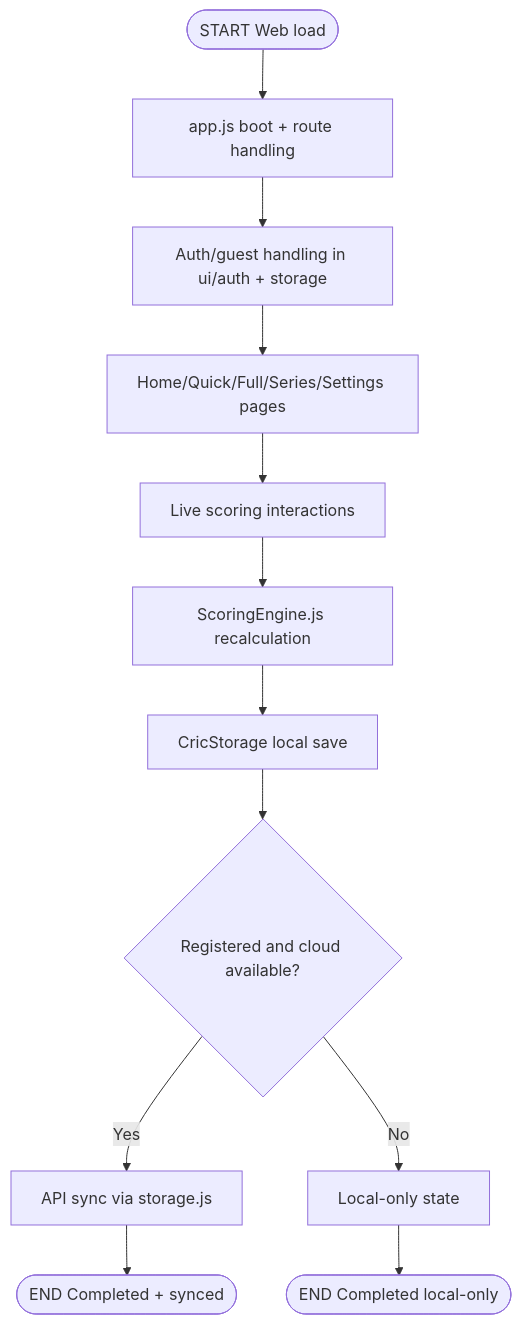
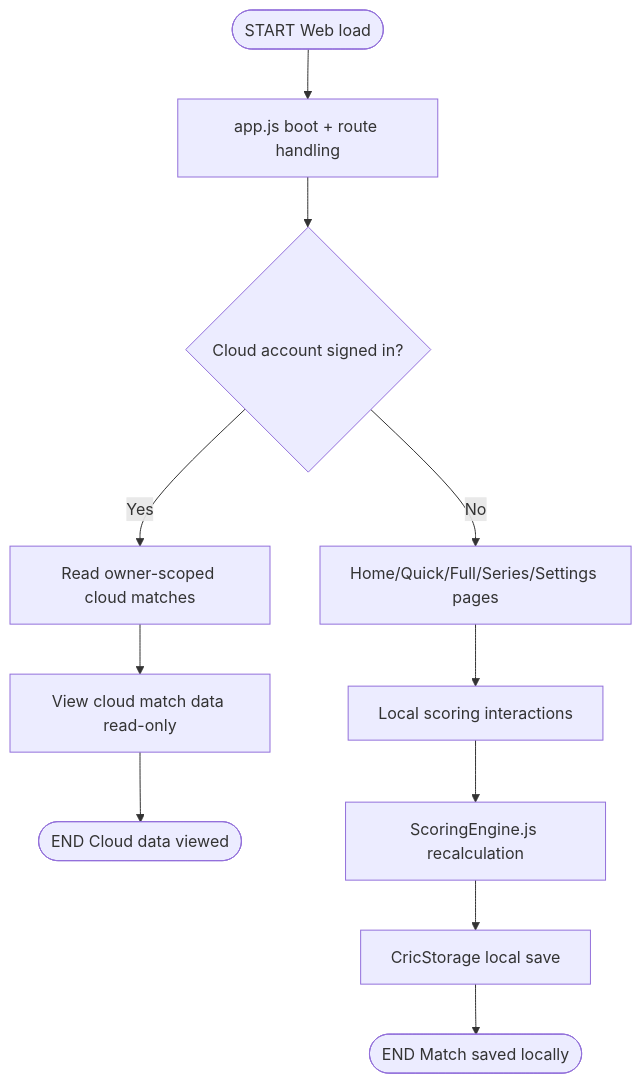
One commit to Ankojin/CricketScorer-web changed the third of 5 diagrams in doc/BOTH_APPS_ARCHITECTURE_COMPLETE_DOCUMENT.md. Above: the diagram before and after it, drawn with Mermaid. The commit also changed other lines of this file and 22 other files, not shown here.

````diff
--- a/doc/BOTH_APPS_ARCHITECTURE_COMPLETE_DOCUMENT.md
+++ b/doc/BOTH_APPS_ARCHITECTURE_COMPLETE_DOCUMENT.md
@@ -87,14 +89,13 @@
 ```mermaid
 flowchart TD
     W0([START Web load]) --> W1[app.js boot + route handling]
-    W1 --> W2[Auth/guest handling in ui/auth + storage]
-    W2 --> W3[Home/Quick/Full/Series/Settings pages]
-    W3 --> W4[Live scoring interactions]
-    W4 --> W5[ScoringEngine.js recalculation]
-    W5 --> W6[CricStorage local save]
-    W6 --> W7{Registered and cloud available?}
-    W7 -->|Yes| W8[API sync via storage.js]
-    W7 -->|No| W9[Local-only state]
-    W8 --> W10([END Completed + synced])
-    W9 --> W11([END Completed local-only])
+  W1 --> W2{Cloud account signed in?}
+  W2 -->|Yes| W3[Read owner-scoped cloud matches]
+  W3 --> W4[View cloud match data read-only]
+  W4 --> W5([END Cloud data viewed])
+  W2 -->|No| W6[Home/Quick/Full/Series/Settings pages]
+  W6 --> W7[Local scoring interactions]
+  W7 --> W8[ScoringEngine.js recalculation]
+  W8 --> W9[CricStorage local save]
+  W9 --> W10([END Match saved locally])
 ```
````
